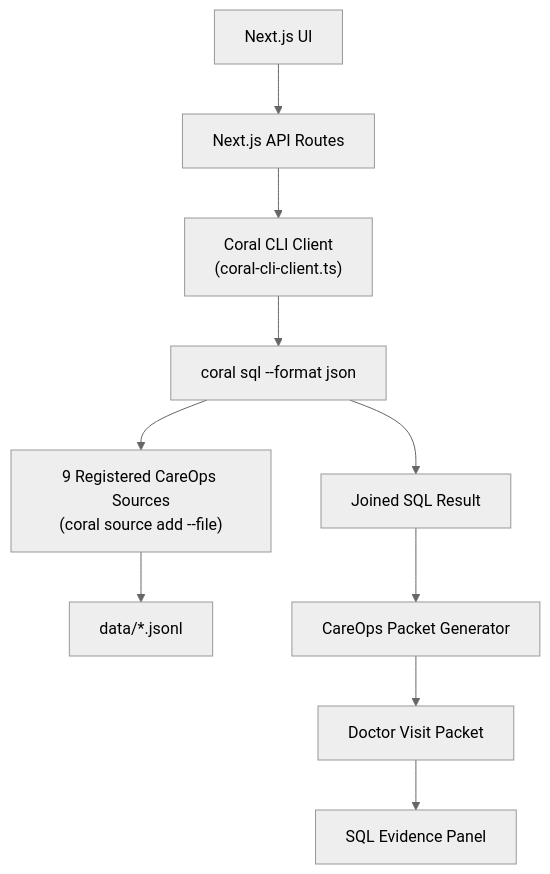
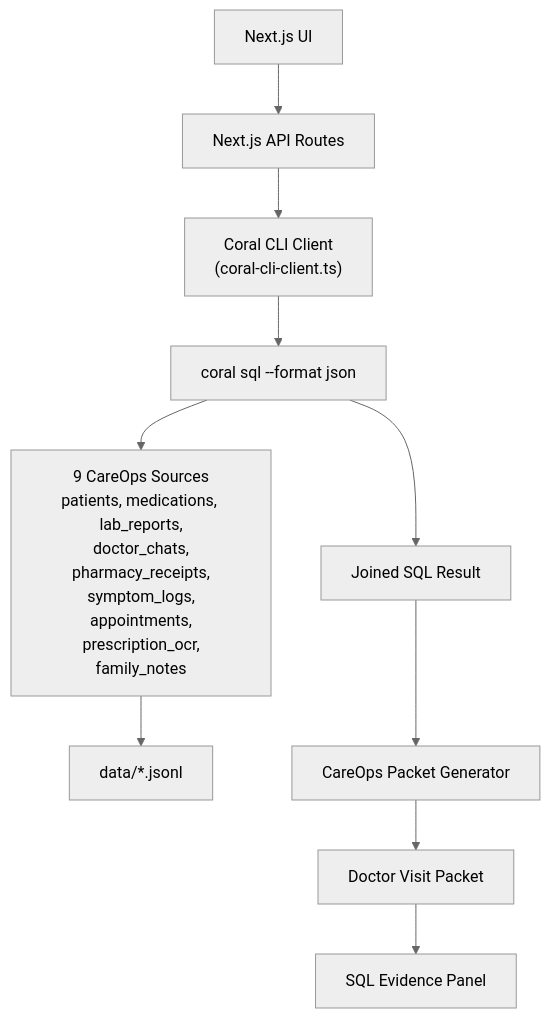
One commit to FiscalMindset/careops changed the first of 2 diagrams in README.md. Above: the diagram before and after it, drawn with Mermaid (neutral theme). The commit also changed other lines of this file and 5 other files, not shown here.

Commit message:
fix: move architecture flow to about page, fix analytics data loading, add data tab

````diff
--- a/README.md
+++ b/README.md
@@ -61,12 +61,12 @@
 ```mermaid
 flowchart TD
     UI["Next.js UI"] --> API["Next.js API Routes"]
     API --> Client["Coral CLI Client\n(coral-cli-client.ts)"]
     Client --> CLI["coral sql --format json"]
-    CLI --> Sources["9 Registered CareOps Sources\n(coral source add --file)"]
+    CLI --> Sources["9 CareOps Sources\npatients, medications, lab_reports,\n doctor_chats, pharmacy_receipts,\n symptom_logs, appointments,\n prescription_ocr, family_notes"]
     Sources --> JSONL["data/*.jsonl"]
     CLI --> Result["Joined SQL Result"]
     Result --> Agent["CareOps Packet Generator"]
     Agent --> Packet["Doctor Visit Packet"]
     Packet --> Evidence["SQL Evidence Panel"]
 ```
````
